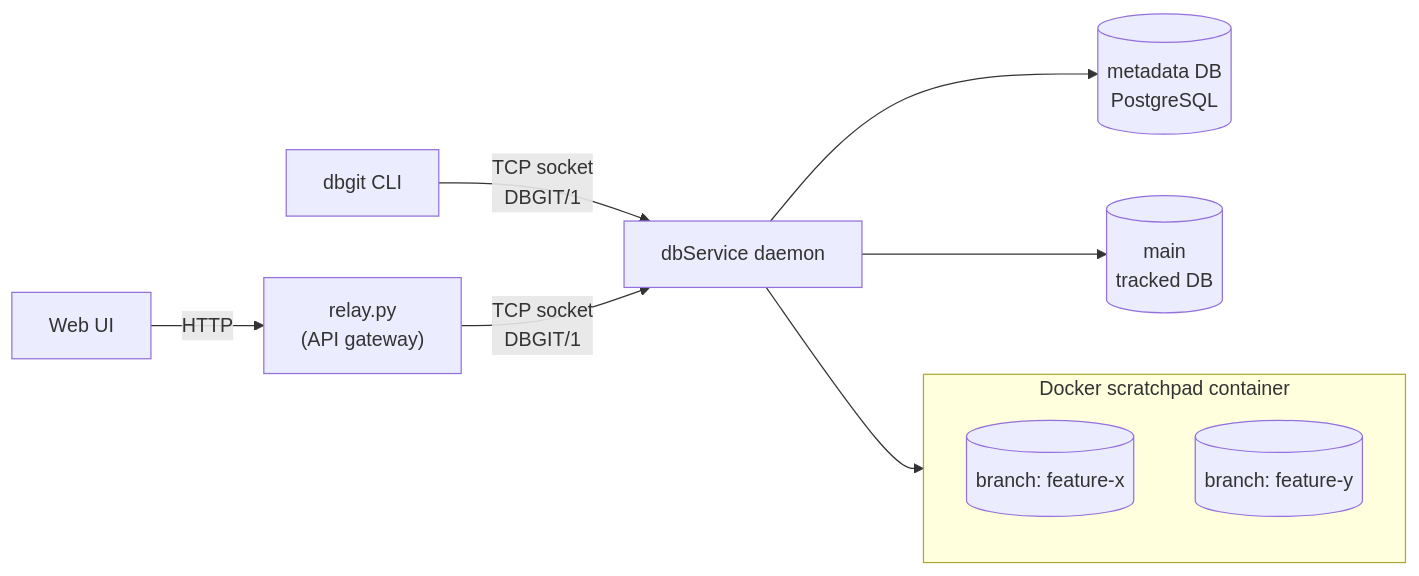
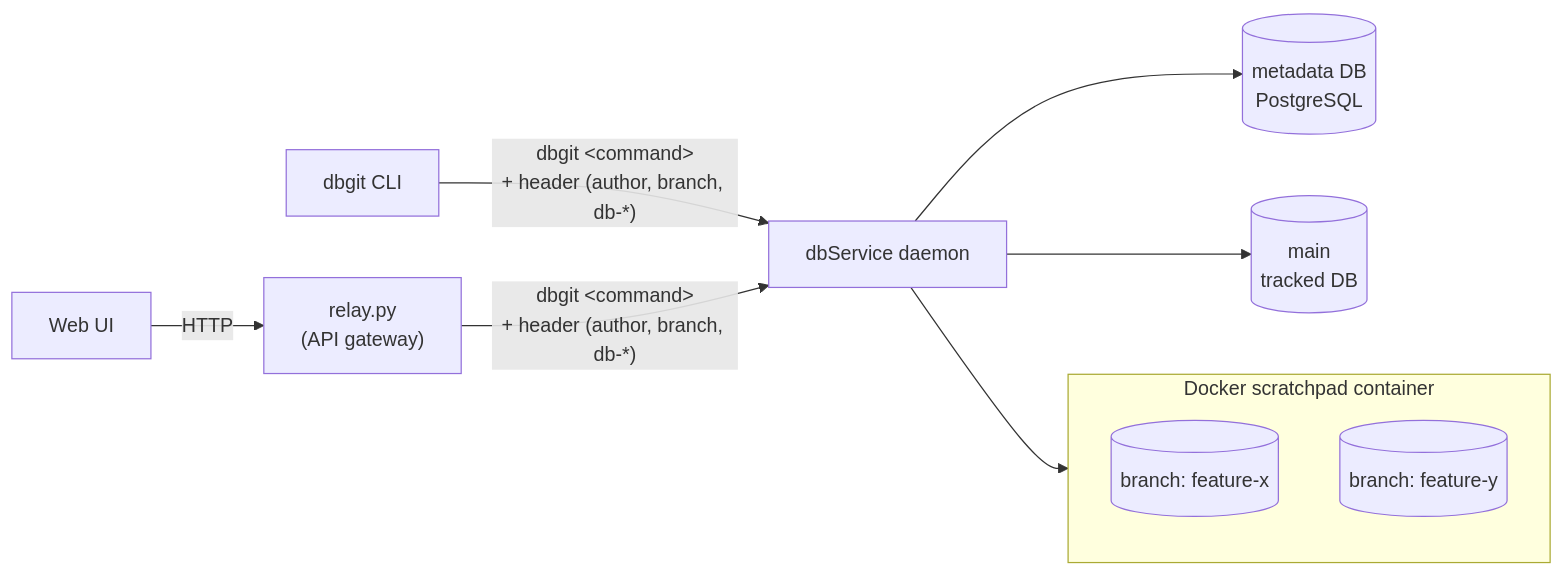
Before and after one commit to varunmundale/database-version-control: the first of 3 diagrams in README.md, drawn with Mermaid. The commit also changed other lines of this file, not shown here.

Commit message:
add deep-dive architecture diagram

````diff
--- a/README.md
+++ b/README.md
@@ -71,15 +71,15 @@
 ```mermaid
 flowchart LR
-    CLI["dbgit CLI"] -- "TCP socket\nDBGIT/1" --> Daemon
-    WebUI["Web UI"] -- HTTP --> Gateway["relay.py\n(API gateway)"] -- "TCP socket\nDBGIT/1" --> Daemon
+    CLI["dbgit CLI"] -- "dbgit &lt;command&gt;\n+ header (author, branch, db-*)" --> Daemon
+    WebUI["Web UI"] -- HTTP --> Gateway["relay.py\n(API gateway)"] -- "dbgit &lt;command&gt;\n+ header (author, branch, db-*)" --> Daemon
 
     Daemon["dbService daemon"] --> Meta[("metadata DB\nPostgreSQL")]
     Daemon --> MainDB[("main\ntracked DB")]
     Daemon --> Scratchpad
 
     subgraph Scratchpad["Docker scratchpad container"]
         direction TB
         B1[("branch: feature-x")]
         B2[("branch: feature-y")]
     end
 ```
````
